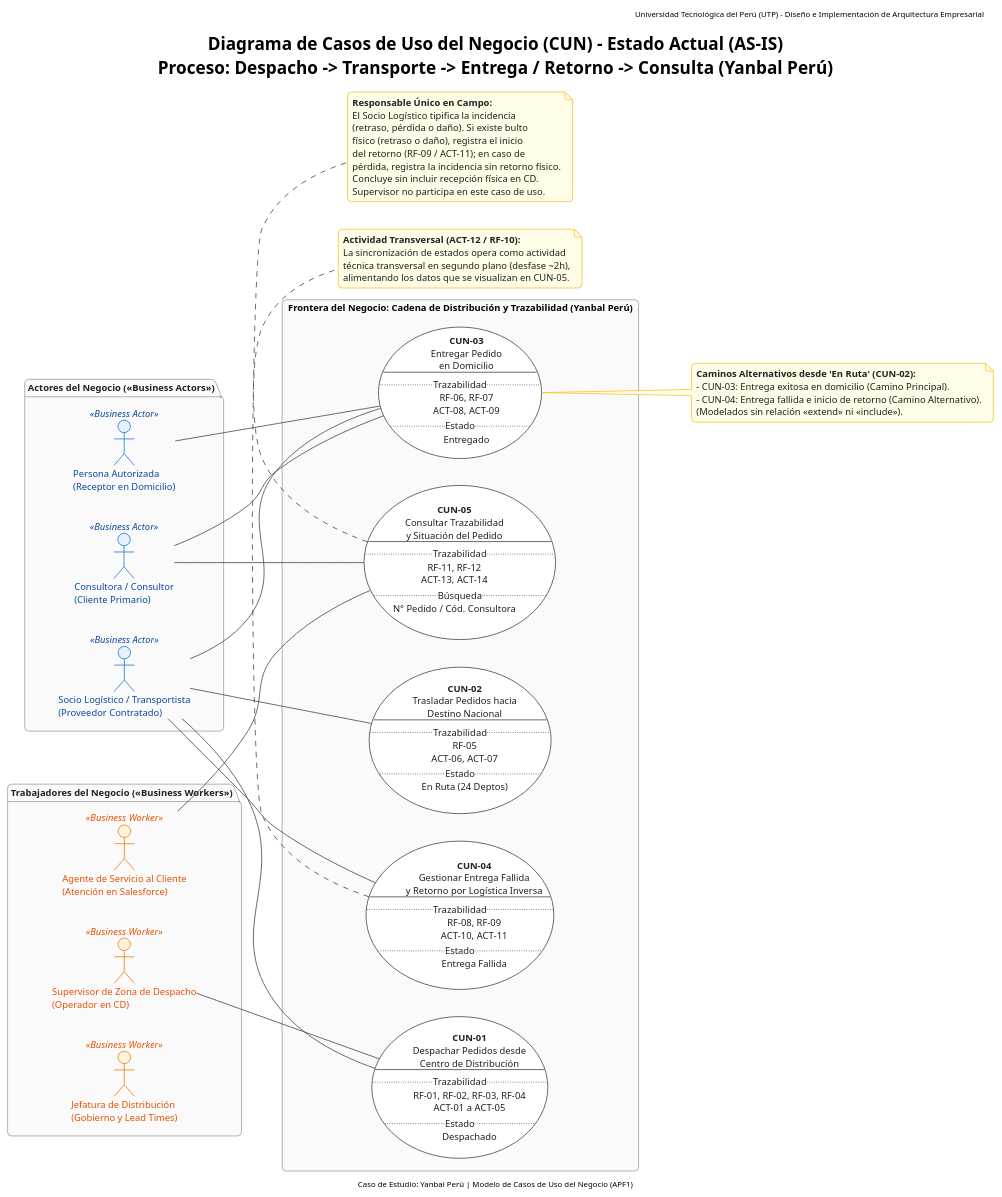
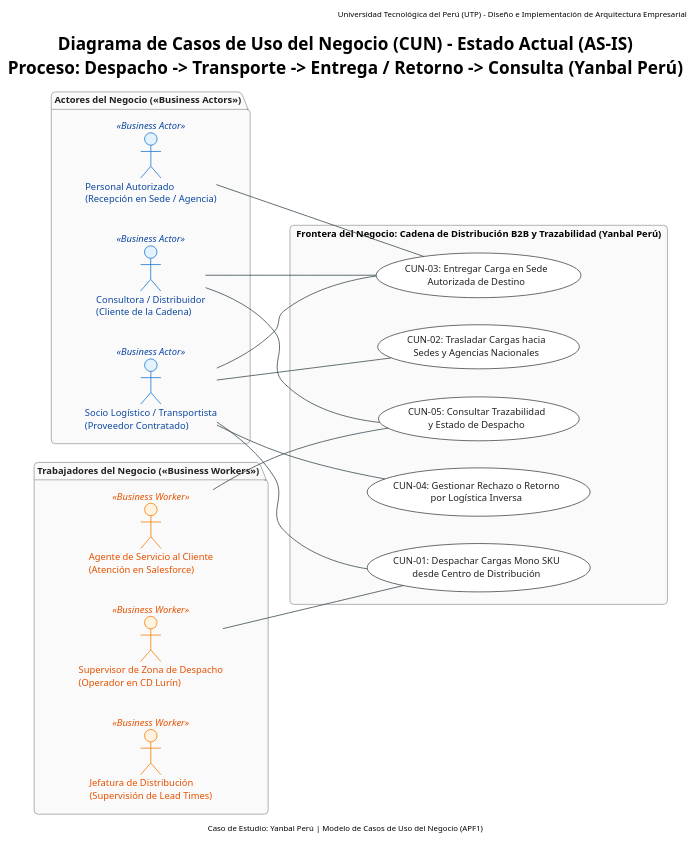
The diagram in arq-emp AS-IS/Diagrama de Casos de Uso del Negocio (CUN)/CUN_Diagrama_General.puml (SaraviaH/arq-emp), drawn with PlantUML before and after one commit. The commit also changed 36 other files, not shown here.

```diff
--- a/arq-emp AS-IS/Diagrama de Casos de Uso del Negocio (CUN)/CUN_Diagrama_General.puml
+++ b/arq-emp AS-IS/Diagrama de Casos de Uso del Negocio (CUN)/CUN_Diagrama_General.puml
@@ -1,126 +1,97 @@
 @startuml CUN_Diagrama_General
 !theme plain
 skinparam shadowing false
 skinparam roundcorner 10
 skinparam defaultFontName "Arial"
 skinparam defaultFontSize 12
 
 ' Estilos y Paleta de Colores
 skinparam package {
     BackgroundColor #FAFAFA
     BorderColor #9E9E9E
     FontColor #212121
     FontStyle bold
 }
 
 skinparam actor {
     BackgroundColor<<Business Actor>> #E3F2FD
     BorderColor<<Business Actor>> #1976D2
     FontColor<<Business Actor>> #0D47A1
     
     BackgroundColor<<Business Worker>> #FFF3E0
     BorderColor<<Business Worker>> #F57C00
     FontColor<<Business Worker>> #E65100
 }
 
 skinparam usecase {
     BackgroundColor #FFFFFF
     BorderColor #424242
     ArrowColor #37474F
     FontColor #212121
 }
 
 skinparam note {
     BackgroundColor #FFFDE7
     BorderColor #FBC02D
     FontColor #212121
 }
 
 left to right direction
 
 header Universidad Tecnológica del Perú (UTP) - Diseño e Implementación de Arquitectura Empresarial
 title Diagrama de Casos de Uso del Negocio (CUN) - Estado Actual (AS-IS)\nProceso: Despacho -> Transporte -> Entrega / Retorno -> Consulta (Yanbal Perú)
 
 ' =======================================================
 ' ACTORES DEL NEGOCIO (EXTERNOS)
 ' =======================================================
 package "Actores del Negocio («Business Actors»)" as PkgActores {
-    actor "Consultora / Consultor\n(Cliente Primario)" as ActorConsultora <<Business Actor>>
-    actor "Persona Autorizada\n(Receptor en Domicilio)" as ActorPersonaAutorizada <<Business Actor>>
+    actor "Consultora / Distribuidor\n(Cliente de la Cadena)" as ActorConsultora <<Business Actor>>
+    actor "Personal Autorizado\n(Recepción en Sede / Agencia)" as ActorPersonaAutorizada <<Business Actor>>
     actor "Socio Logístico / Transportista\n(Proveedor Contratado)" as ActorSocio <<Business Actor>>
 }
 
 ' =======================================================
 ' TRABAJADORES DEL NEGOCIO (INTERNOS)
 ' =======================================================
 package "Trabajadores del Negocio («Business Workers»)" as PkgTrabajadores {
-    actor "Supervisor de Zona de Despacho\n(Operador en CD)" as WorkerSupervisor <<Business Worker>>
+    actor "Supervisor de Zona de Despacho\n(Operador en CD Lurín)" as WorkerSupervisor <<Business Worker>>
     actor "Agente de Servicio al Cliente\n(Atención en Salesforce)" as WorkerAgente <<Business Worker>>
-    actor "Jefatura de Distribución\n(Gobierno y Lead Times)" as WorkerJefatura <<Business Worker>>
+    actor "Jefatura de Distribución\n(Supervisión de Lead Times)" as WorkerJefatura <<Business Worker>>
 }
 
 ' =======================================================
 ' FRONTERA DEL SISTEMA DEL NEGOCIO (5 CUN)
 ' =======================================================
-rectangle "Frontera del Negocio: Cadena de Distribución y Trazabilidad (Yanbal Perú)" as SistemaNegocio {
+rectangle "Frontera del Negocio: Cadena de Distribución B2B y Trazabilidad (Yanbal Perú)" as SistemaNegocio {
     
-    usecase "<b>CUN-01</b>\nDespachar Pedidos desde\nCentro de Distribución\n---\n..Trazabilidad..\nRF-01, RF-02, RF-03, RF-04\nACT-01 a ACT-05\n..Estado..\nDespachado" as CUN01
+    usecase "CUN-01: Despachar Cargas Mono SKU\ndesde Centro de Distribución" as CUN01
     
-    usecase "<b>CUN-02</b>\nTrasladar Pedidos hacia\nDestino Nacional\n---\n..Trazabilidad..\nRF-05\nACT-06, ACT-07\n..Estado..\nEn Ruta (24 Deptos)" as CUN02
+    usecase "CUN-02: Trasladar Cargas hacia\nSedes y Agencias Nacionales" as CUN02
     
-    usecase "<b>CUN-03</b>\nEntregar Pedido\nen Domicilio\n---\n..Trazabilidad..\nRF-06, RF-07\nACT-08, ACT-09\n..Estado..\nEntregado" as CUN03
+    usecase "CUN-03: Entregar Carga en Sede\nAutorizada de Destino" as CUN03
     
-    usecase "<b>CUN-04</b>\nGestionar Entrega Fallida\ny Retorno por Logística Inversa\n---\n..Trazabilidad..\nRF-08, RF-09\nACT-10, ACT-11\n..Estado..\nEntrega Fallida" as CUN04
+    usecase "CUN-04: Gestionar Rechazo o Retorno\npor Logística Inversa" as CUN04
     
-    usecase "<b>CUN-05</b>\nConsultar Trazabilidad\ny Situación del Pedido\n---\n..Trazabilidad..\nRF-11, RF-12\nACT-13, ACT-14\n..Búsqueda..\nN° Pedido / Cód. Consultora" as CUN05
+    usecase "CUN-05: Consultar Trazabilidad\ny Estado de Despacho" as CUN05
 }
 
 ' =======================================================
 ' RELACIONES DE ASOCIACIÓN (ACTORES <-> CUN)
-' Asociaciones estándar UML (sin direccionalidad de flujo)
 ' =======================================================
 WorkerSupervisor -- CUN01
 ActorSocio -- CUN01
 
 ActorSocio -- CUN02
 
 ActorSocio -- CUN03
 ActorConsultora -- CUN03
 ActorPersonaAutorizada -- CUN03
 
 ActorSocio -- CUN04
 
 ActorConsultora -- CUN05
 WorkerAgente -- CUN05
 
-' =======================================================
-' NOTAS DE REGLAS, BIFURCACIÓN Y DELIMITACIÓN
-' =======================================================
-note bottom of CUN04
-  <b>Responsable Único en Campo:</b>
-  El Socio Logístico tipifica la incidencia
-  (retraso, pérdida o daño). Si existe bulto
-  físico (retraso o daño), registra el inicio
-  del retorno (RF-09 / ACT-11); en caso de
-  pérdida, registra la incidencia sin retorno físico.
-  Concluye sin incluir recepción física en CD.
-  Supervisor no participa en este caso de uso.
-end note
-
-note right of CUN03
-  <b>Caminos Alternativos desde 'En Ruta' (CUN-02):</b>
-  - CUN-03: Entrega exitosa en domicilio (Camino Principal).
-  - CUN-04: Entrega fallida e inicio de retorno (Camino Alternativo).
-  (Modelados sin relación <<extend>> ni <<include>>).
-end note
-
-note bottom of CUN05
-  <b>Actividad Transversal (ACT-12 / RF-10):</b>
-  La sincronización de estados opera como actividad
-  técnica transversal en segundo plano (desfase ~2h),
-  alimentando los datos que se visualizan en CUN-05.
-end note
-
 footer Caso de Estudio: Yanbal Perú | Modelo de Casos de Uso del Negocio (APF1)
 
 @enduml
```
